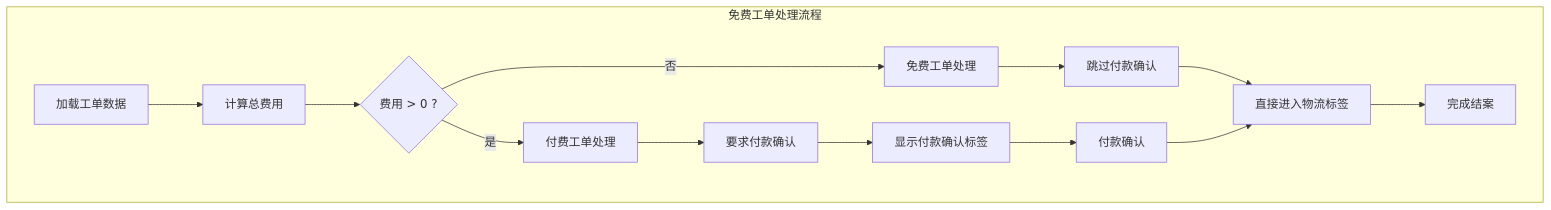
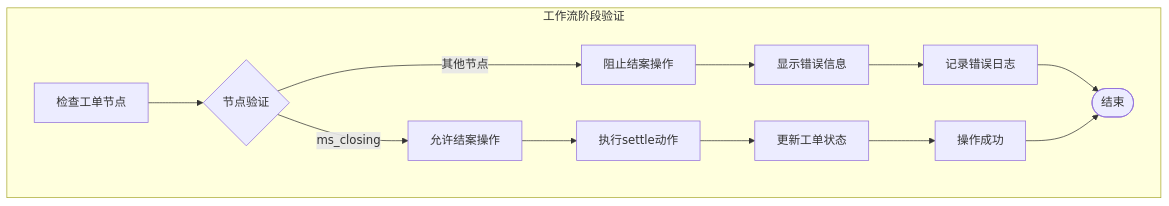
One commit to CubeEdge/Longhorn changed the seventh of 9 diagrams in .qoder/repowiki/zh/content/前端组件架构/服务工作流增强/结案交接模态框.md. Above: the diagram before and after it, drawn with Mermaid. The commit also changed other lines of this file and 47 other files, not shown here.

````diff
--- a/.qoder/repowiki/zh/content/前端组件架构/服务工作流增强/结案交接模态框.md
+++ b/.qoder/repowiki/zh/content/前端组件架构/服务工作流增强/结案交接模态框.md
@@ -284,16 +286,15 @@
 ```mermaid
 flowchart TD
-subgraph "免费工单处理流程"
-LoadTicket[加载工单数据] --> CalcCost[计算总费用]
-CalcCost --> CheckCost{费用 > 0 ?}
-CheckCost --> |是| PaidTicket[付费工单处理]
-CheckCost --> |否| FreeTicket[免费工单处理]
-PaidTicket --> RequirePayment[要求付款确认]
-FreeTicket --> SkipPayment[跳过付款确认]
-RequirePayment --> PaymentTab[显示付款确认标签]
-SkipPayment --> LogisticsTab[直接进入物流标签]
-PaymentTab --> PaymentConfirmed[付款确认]
-PaymentConfirmed --> LogisticsTab
-LogisticsTab --> Complete[完成结案]
+subgraph "工作流阶段验证"
+CheckNode[检查工单节点] --> ValidateNode{节点验证}
+ValidateNode --> |ms_closing| AllowAction[允许结案操作]
+ValidateNode --> |其他节点| BlockAction[阻止结案操作]
+AllowAction --> ExecuteSettle[执行settle动作]
+BlockAction --> ShowError[显示错误信息]
+ExecuteSettle --> UpdateStatus[更新工单状态]
+ShowError --> LogError[记录错误日志]
+UpdateStatus --> Success[操作成功]
+LogError --> End([结束])
+Success --> End
 end
 ```
````
